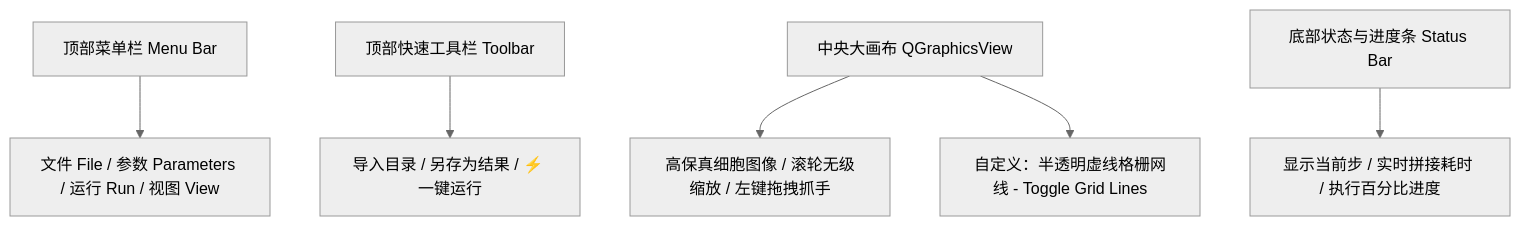
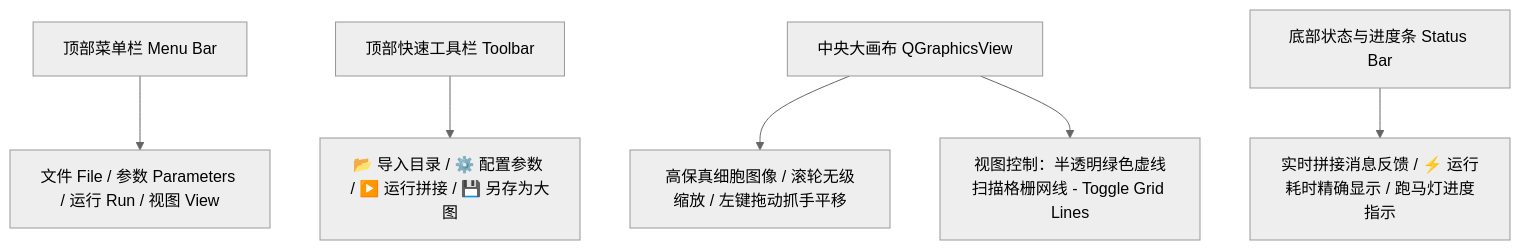
Before and after one commit to liming-rgb/FRMIS_Pro: the first of 2 diagrams in FRMIS-UI-design.md, drawn with Mermaid (neutral theme). The commit also changed other lines of this file and 10 other files, not shown here.

````diff
--- a/FRMIS-UI-design.md
+++ b/FRMIS-UI-design.md
@@ -43,8 +40,8 @@
 ```mermaid
 graph TD
     A[顶部菜单栏 Menu Bar] --> B[文件 File / 参数 Parameters / 运行 Run / 视图 View]
-    C[顶部快速工具栏 Toolbar] --> D[导入目录 / 另存为结果 / ⚡ 一键运行]
-    E[中央大画布 QGraphicsView] --> F[高保真细胞图像 / 滚轮无级缩放 / 左键拖拽抓手]
-    E --> G[自定义：半透明虚线格栅网线 - Toggle Grid Lines]
-    H[底部状态与进度条 Status Bar] --> I[显示当前步 / 实时拼接耗时 / 执行百分比进度]
+    C[顶部快速工具栏 Toolbar] --> D[📂 导入目录 / ⚙️ 配置参数 / ▶️ 运行拼接 / 💾 另存为大图]
+    E[中央大画布 QGraphicsView] --> F[高保真细胞图像 / 滚轮无级缩放 / 左键拖动抓手平移]
+    E --> G[视图控制：半透明绿色虚线扫描格栅网线 - Toggle Grid Lines]
+    H[底部状态与进度条 Status Bar] --> I[实时拼接消息反馈 / ⚡ 运行耗时精确显示 / 跑马灯进度指示]
 ```
````
